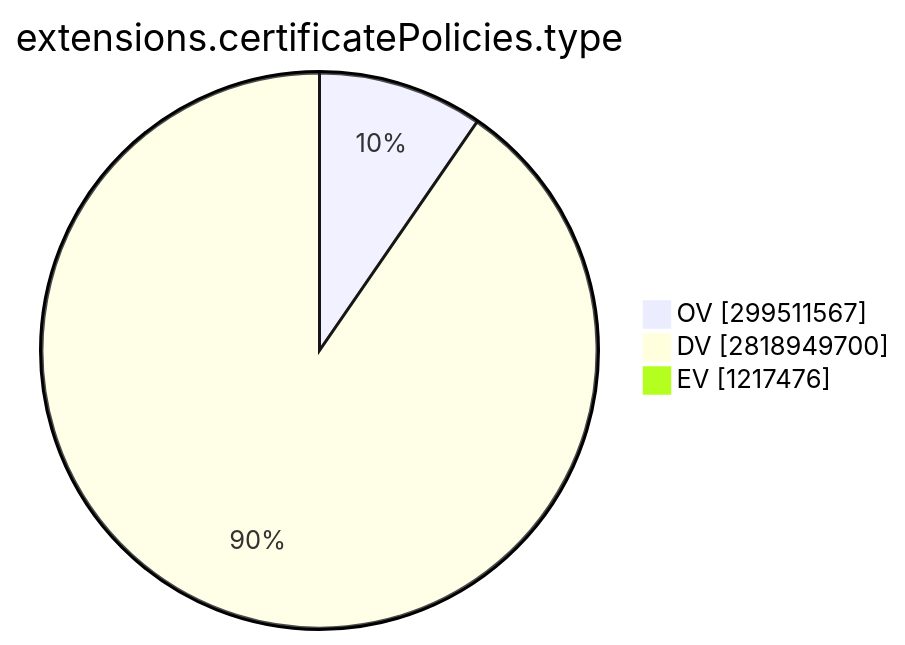
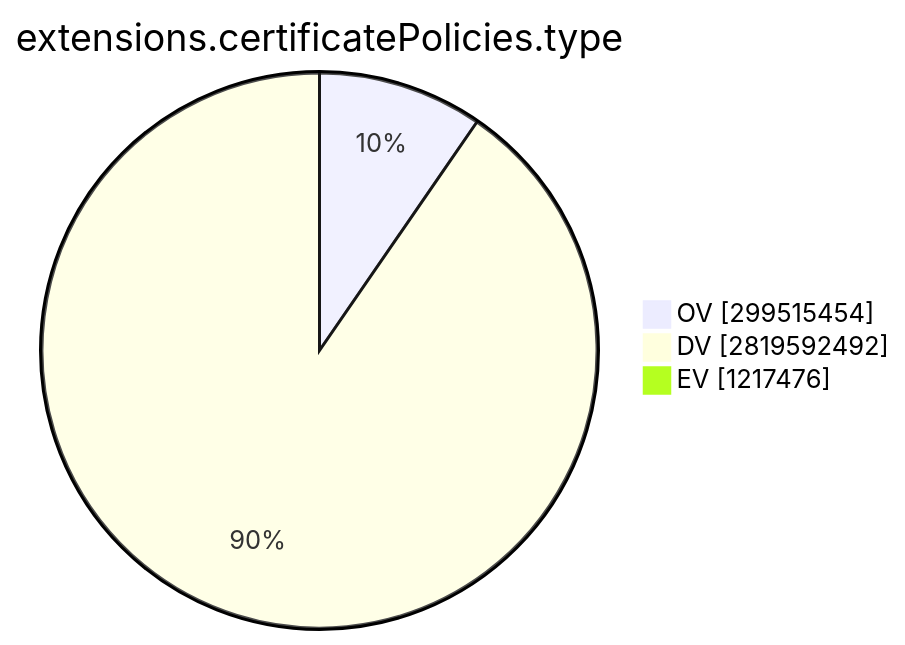
The ninth of 15 diagrams in TOTAL/README.md (christiankrug/ctmonitor_visualization), drawn with Mermaid before and after one commit. The commit also changed other lines of this file, not shown here.

````diff
--- a/TOTAL/README.md
+++ b/TOTAL/README.md
@@ -3101,7 +3101,7 @@
 ```mermaid
 pie showData
 title extensions.certificatePolicies.type
-"OV" :299511567
-"DV" :2818949700
+"OV" :299515454
+"DV" :2819592492
 "EV" :1217476
 ```
````
